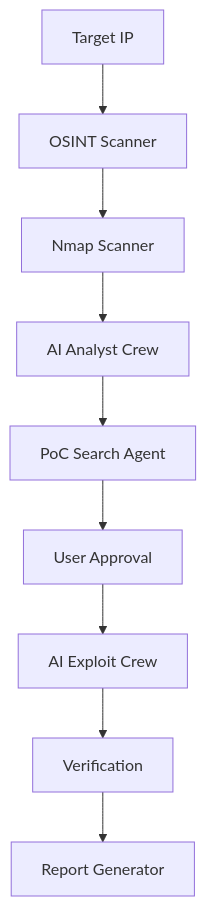
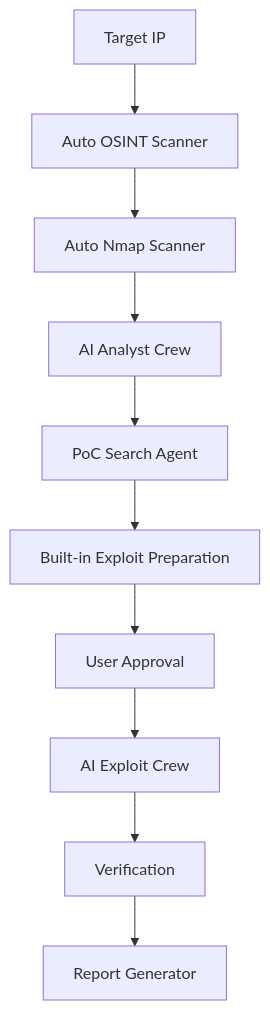
The diagram in README.md (d01ki/BreachPilot), drawn with Mermaid before and after one commit. The commit also changed other lines of this file, not shown here.

````diff
--- a/README.md
+++ b/README.md
@@ -40,11 +123,12 @@
 ```mermaid
 graph TD
-    A[Target IP] --> B[OSINT Scanner]
-    B --> C[Nmap Scanner]
+    A[Target IP] --> B[Auto OSINT Scanner]
+    B --> C[Auto Nmap Scanner]
     C --> D[AI Analyst Crew]
     D --> E[PoC Search Agent]
-    E --> F[User Approval]
-    F --> G[AI Exploit Crew]
-    G --> H[Verification]
-    H --> I[Report Generator]
+    E --> F[Built-in Exploit Preparation]
+    F --> G[User Approval]
+    G --> H[AI Exploit Crew]
+    H --> I[Verification]
+    I --> J[Report Generator]
 ```
````
